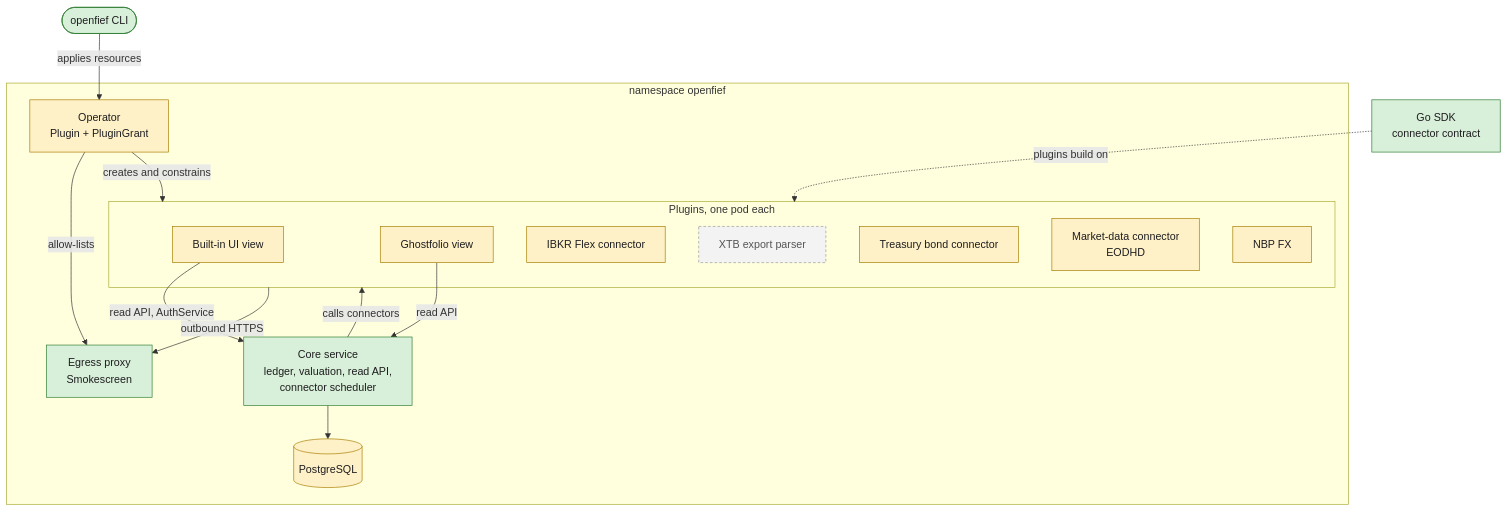
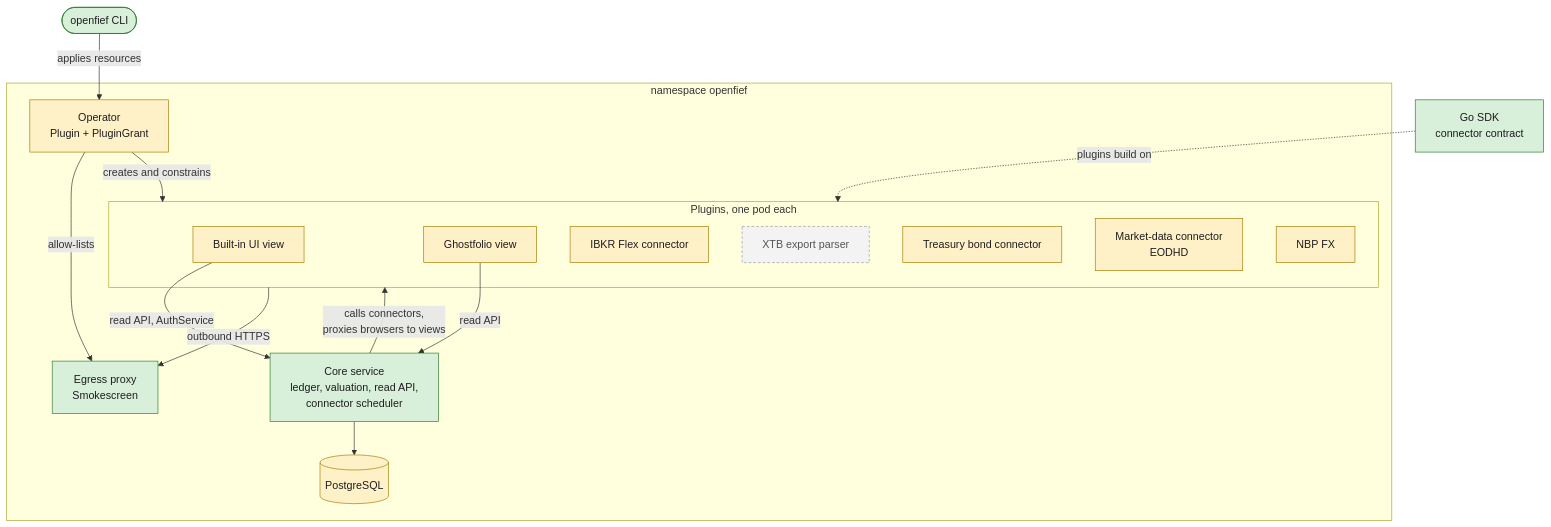
Before and after one commit to arkadiuss/openfief: the second of 5 diagrams in docs/architecture.md, drawn with Mermaid. The commit also changed other lines of this file and 177 other files, not shown here.

````diff
--- a/docs/architecture.md
+++ b/docs/architecture.md
@@ -40,32 +40,32 @@
 ```mermaid
 flowchart TB
   classDef built fill:#d8efd9,stroke:#2f7d32,color:#1d1d1f
   classDef partial fill:#fff1c7,stroke:#a77d00,color:#1d1d1f
   classDef missing fill:#f3f3f3,stroke:#9a9a9a,color:#555,stroke-dasharray: 4 3
   cli(["openfief CLI"]):::built
   subgraph ns["namespace openfief"]
     op["Operator<br/>Plugin + PluginGrant"]:::partial
     proxy["Egress proxy<br/>Smokescreen"]:::built
     core["Core service<br/>ledger, valuation, read API,<br/>connector scheduler"]:::built
     pg[("PostgreSQL")]:::partial
     subgraph plugins["Plugins, one pod each"]
       ui["Built-in UI view"]:::partial
       gfv["Ghostfolio view"]:::partial
       ibkrc["IBKR Flex connector"]:::partial
       xtb["XTB export parser"]:::missing
       bonds["Treasury bond connector"]:::partial
       mdc["Market-data connector<br/>EODHD"]:::partial
       nbpc["NBP FX"]:::partial
     end
   end
   sdk["Go SDK<br/>connector contract"]:::built
   sdk -. "plugins build on" .-> plugins
   cli -- "applies resources" --> op
   op -- "creates and constrains" --> plugins
   op -- "allow-lists" --> proxy
   core --> pg
-  core -- "calls connectors" --> plugins
+  core -- "calls connectors,<br/>proxies browsers to views" --> plugins
   ui -- "read API, AuthService" --> core
   gfv -- "read API" --> core
   plugins -- "outbound HTTPS" --> proxy
 ```
````
